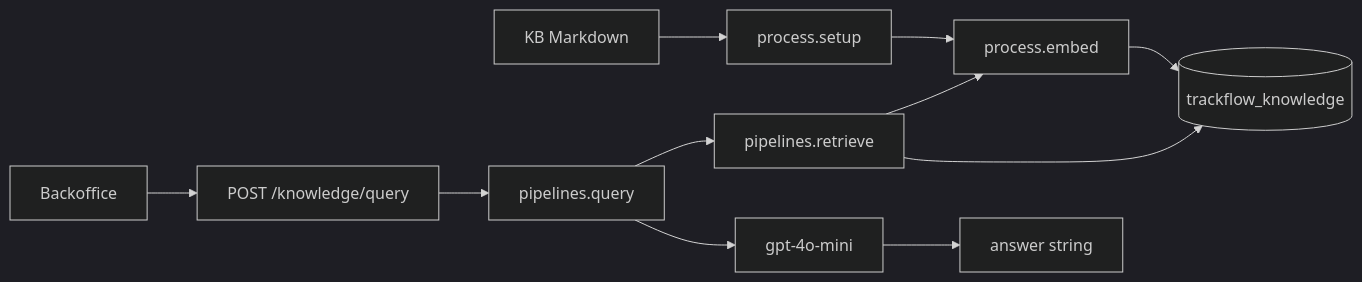
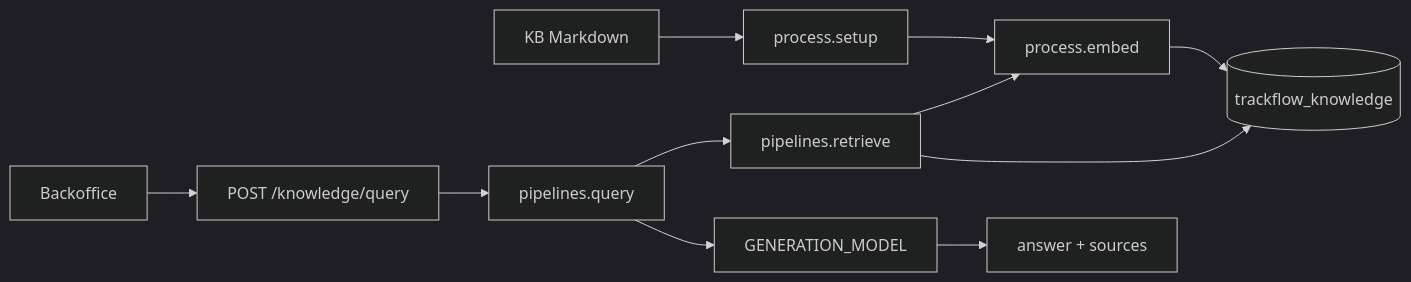
The diagram in docs/rag/rag-design.md (4GeeksAcademy/matt_mcallister_public_website_project), drawn with Mermaid (dark theme) before and after one commit. The commit also changed other lines of this file and 4 other files, not shown here.

````diff
--- a/docs/rag/rag-design.md
+++ b/docs/rag/rag-design.md
@@ -42,13 +42,13 @@
 ```mermaid
 flowchart LR
   KB[KB Markdown] --> Setup[process.setup]
   Setup --> Embed[process.embed]
   Embed --> Qdrant[(trackflow_knowledge)]
   UI[Backoffice] --> API[POST /knowledge/query]
   API --> Query[pipelines.query]
   Query --> Retrieve[pipelines.retrieve]
   Retrieve --> Embed
   Retrieve --> Qdrant
-  Query --> LLM[gpt-4o-mini]
-  LLM --> Answer[answer string]
+  Query --> LLM[GENERATION_MODEL]
+  LLM --> Answer[answer + sources]
 ```
````
